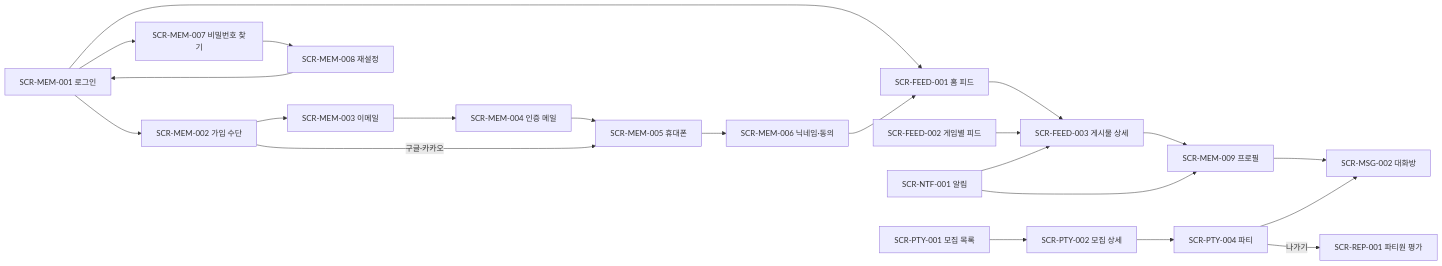
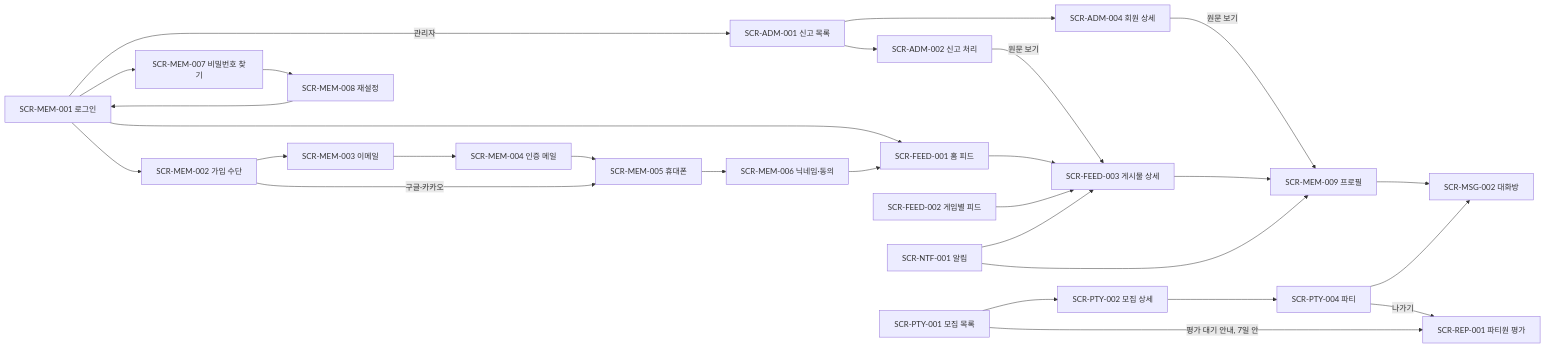
The diagram in docs/design/ui/ia/README.md (melly8954/moa), drawn with Mermaid before and after one commit. The commit also changed other lines of this file and 31 other files, not shown here.

````diff
--- a/docs/design/ui/ia/README.md
+++ b/docs/design/ui/ia/README.md
@@ -64,17 +66,20 @@
 ```mermaid
 flowchart LR
   login[SCR-MEM-001 로그인] --> home[SCR-FEED-001 홈 피드]
+  login -->|관리자| adm[SCR-ADM-001 신고 목록] --> admr[SCR-ADM-002 신고 처리] -->|원문 보기| post
+  adm --> admm[SCR-ADM-004 회원 상세] -->|원문 보기| profile
   login --> signup[SCR-MEM-002 가입 수단]
   signup --> email[SCR-MEM-003 이메일] --> sent[SCR-MEM-004 인증 메일] --> phone[SCR-MEM-005 휴대폰]
   signup -->|구글·카카오| phone
   phone --> nick[SCR-MEM-006 닉네임·동의] --> home
   login --> forgot[SCR-MEM-007 비밀번호 찾기] --> reset[SCR-MEM-008 재설정] --> login
   home --> post[SCR-FEED-003 게시물 상세] --> profile[SCR-MEM-009 프로필]
   game[SCR-FEED-002 게임별 피드] --> post
   profile --> room[SCR-MSG-002 대화방]
   partyList[SCR-PTY-001 모집 목록] --> recruit[SCR-PTY-002 모집 상세] --> party[SCR-PTY-004 파티]
   party --> room
   party -->|나가기| rate[SCR-REP-001 파티원 평가]
+  partyList -->|평가 대기 안내, 7일 안| rate
   noti[SCR-NTF-001 알림] --> post
   noti --> profile
 ```
````
